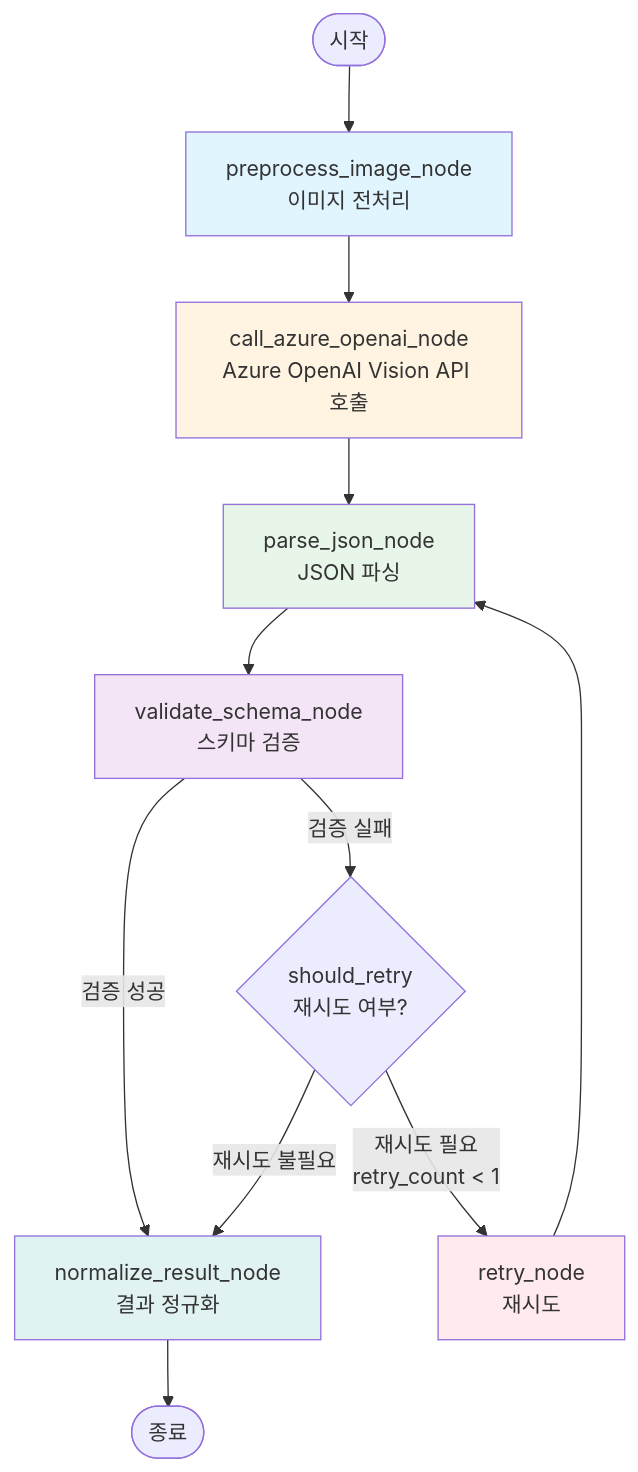
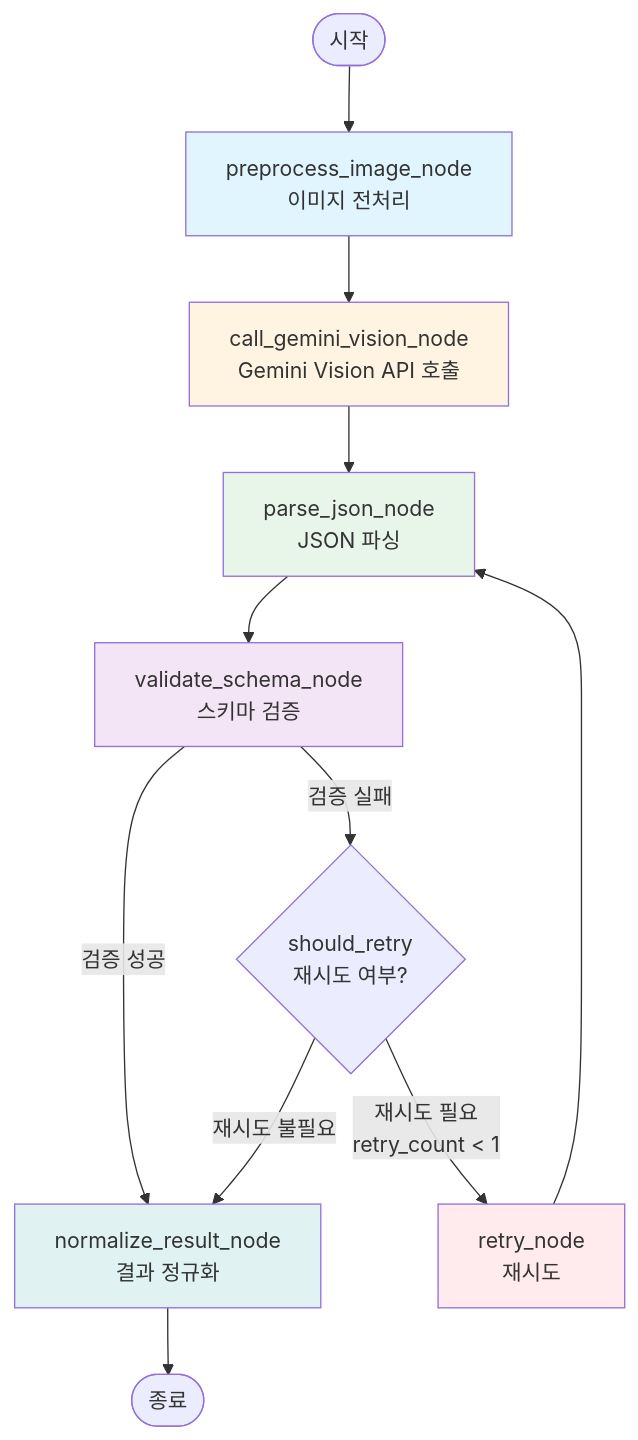
One commit to kangkun-lee/myclo-platform changed the first of 3 diagrams in backend/docs/architecture/langgraph-flows.md. Above: the diagram before and after it, drawn with Mermaid. The commit also changed other lines of this file and 61 other files, not shown here.

Commit message:
feat: Add image processing API, chat session flow, and docs updates

````diff
--- a/backend/docs/architecture/langgraph-flows.md
+++ b/backend/docs/architecture/langgraph-flows.md
@@ -43,24 +43,24 @@
 ```mermaid
 graph TD
     START([시작]) --> preprocess[preprocess_image_node<br/>이미지 전처리]
-    preprocess --> call_api[call_azure_openai_node<br/>Azure OpenAI Vision API 호출]
+    preprocess --> call_api[call_gemini_vision_node<br/>Gemini Vision API 호출]
     call_api --> parse_json[parse_json_node<br/>JSON 파싱]
     parse_json --> validate[validate_schema_node<br/>스키마 검증]
     
     validate -->|검증 성공| normalize[normalize_result_node<br/>결과 정규화]
     validate -->|검증 실패| should_retry{should_retry<br/>재시도 여부?}
     
     should_retry -->|재시도 필요<br/>retry_count < 1| retry[retry_node<br/>재시도]
     should_retry -->|재시도 불필요| normalize
     
     retry --> parse_json
     
     normalize --> END([종료])
     
     style preprocess fill:#e1f5ff
     style call_api fill:#fff4e1
     style parse_json fill:#e8f5e9
     style validate fill:#f3e5f5
     style retry fill:#ffebee
     style normalize fill:#e0f2f1
 ```
````
